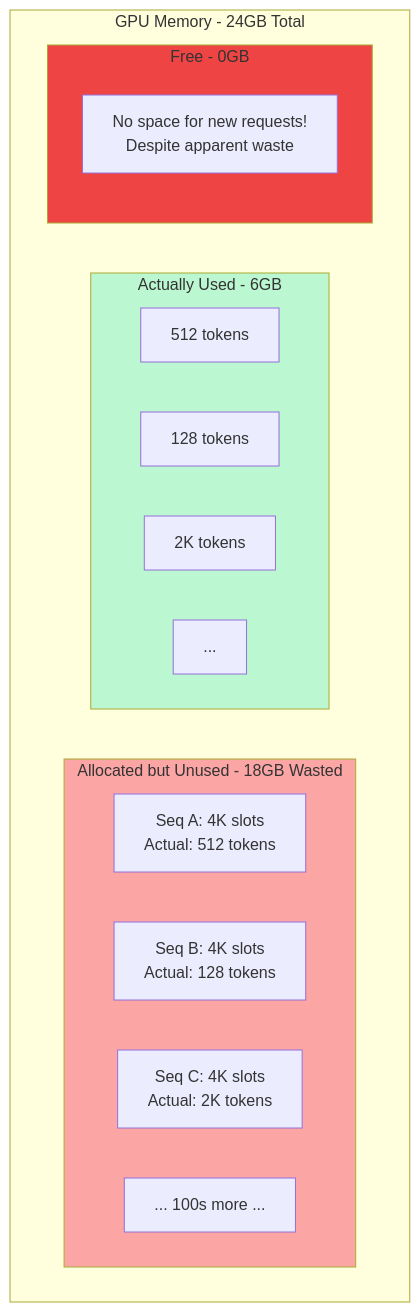
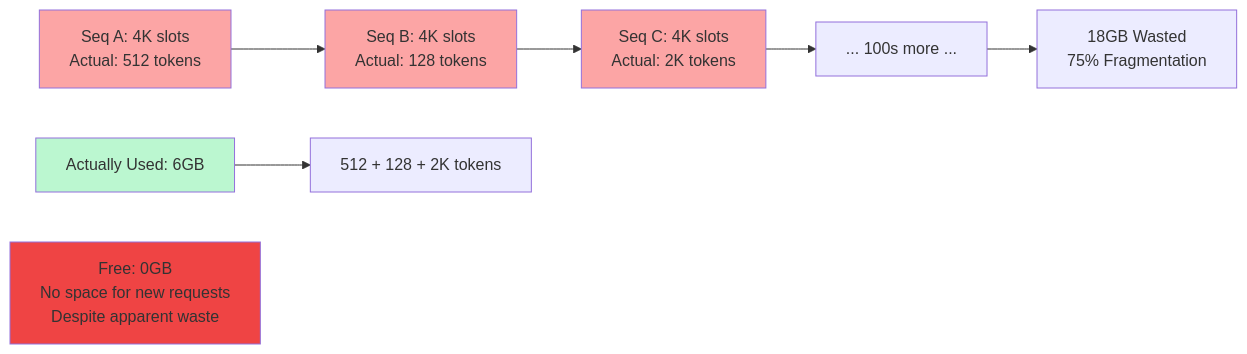
One commit to Shahriarin2garden/vllm_from_scratch changed the second of 9 diagrams in lab0.3/README.md. Above: the diagram before and after it, drawn with Mermaid. The commit also changed other lines of this file and 3 other files, not shown here.

````diff
--- a/lab0.3/README.md
+++ b/lab0.3/README.md
@@ -122,31 +142,18 @@
 ```mermaid
-graph TD
-    subgraph GPU_Memory[GPU Memory - 24GB Total]
-        direction LR
-
-        subgraph Allocated[Allocated but Unused - 18GB Wasted]
-            direction LR
-            A1[Seq A: 4K slots<br/>Actual: 512 tokens]
-            A2[Seq B: 4K slots<br/>Actual: 128 tokens]
-            A3[Seq C: 4K slots<br/>Actual: 2K tokens]
-            A4[... 100s more ...]
-        end
-
-        subgraph ActuallyUsed[Actually Used - 6GB]
-            direction LR
-            U1[512 tokens]
-            U2[128 tokens]
-            U3[2K tokens]
-            U4[...]
-        end
-
-        subgraph Free[Free - 0GB]
-            F1[No space for new requests!<br/>Despite apparent waste]
-        end
-    end
-
-    style Allocated fill:#fca5a5
-    style ActuallyUsed fill:#bbf7d0
-    style Free fill:#ef4444
-
+graph LR
+    A1[Seq A: 4K slots<br/>Actual: 512 tokens] --> A2[Seq B: 4K slots<br/>Actual: 128 tokens]
+    A2 --> A3[Seq C: 4K slots<br/>Actual: 2K tokens]
+    A3 --> A4[... 100s more ...]
+    
+    U1[Actually Used: 6GB] --> U2[512 + 128 + 2K tokens]
+    
+    F1[Free: 0GB<br/>No space for new requests<br/>Despite apparent waste]
+    
+    A4 --> Summary[18GB Wasted<br/>75% Fragmentation]
+    
+    style A1 fill:#fca5a5
+    style A2 fill:#fca5a5
+    style A3 fill:#fca5a5
+    style U1 fill:#bbf7d0
+    style F1 fill:#ef4444
 ```
````
